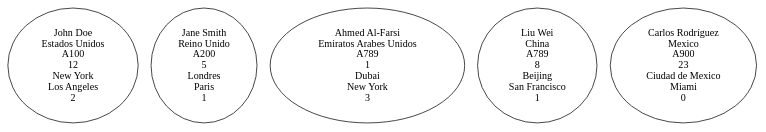
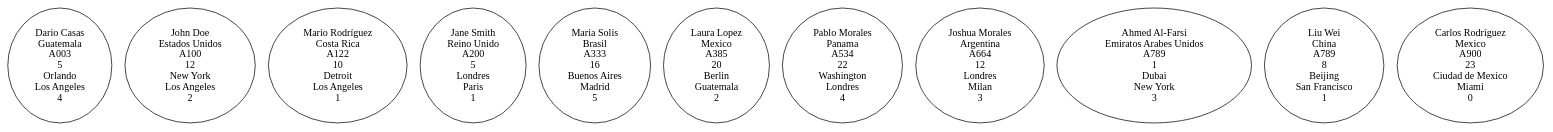
One commit to sajche12/201904490_EDD_Practica changed the diagram in lista_pasajeros.dot. Above: the diagram before and after it, drawn with Graphviz. The commit also changed 15 other files, not shown here.

```diff
--- a/lista_pasajeros.dot
+++ b/lista_pasajeros.dot
@@ -1,7 +1,13 @@
 digraph ListaPasajeros {
+    P34567891 [label="Dario Casas\nGuatemala\nA003\n5\nOrlando\nLos Angeles\n4"];
     P12345678 [label="John Doe\nEstados Unidos\nA100\n12\nNew York\nLos Angeles\n2"];
+    P33479810 [label="Mario Rodríguez\nCosta Rica\nA122\n10\nDetroit\nLos Angeles\n1"];
     P98765432 [label="Jane Smith\nReino Unido\nA200\n5\nLondres\nParis\n1"];
+    P34875201 [label="Maria Solis\nBrasil\nA333\n16\nBuenos Aires\nMadrid\n5"];
+    P17829844 [label="Laura Lopez\nMexico\nA385\n20\nBerlin\nGuatemala\n2"];
+    P84552016 [label="Pablo Morales\nPanama\nA534\n22\nWashington\nLondres\n4"];
+    P65842016 [label="Joshua Morales\nArgentina\nA664\n12\nLondres\nMilan\n3"];
     P34567890 [label="Ahmed Al-Farsi\nEmiratos Arabes Unidos\nA789\n1\nDubai\nNew York\n3"];
     P23456789 [label="Liu Wei\nChina\nA789\n8\nBeijing\nSan Francisco\n1"];
     P45678901 [label="Carlos Rodríguez\nMexico\nA900\n23\nCiudad de Mexico\nMiami\n0"];
 }
```
